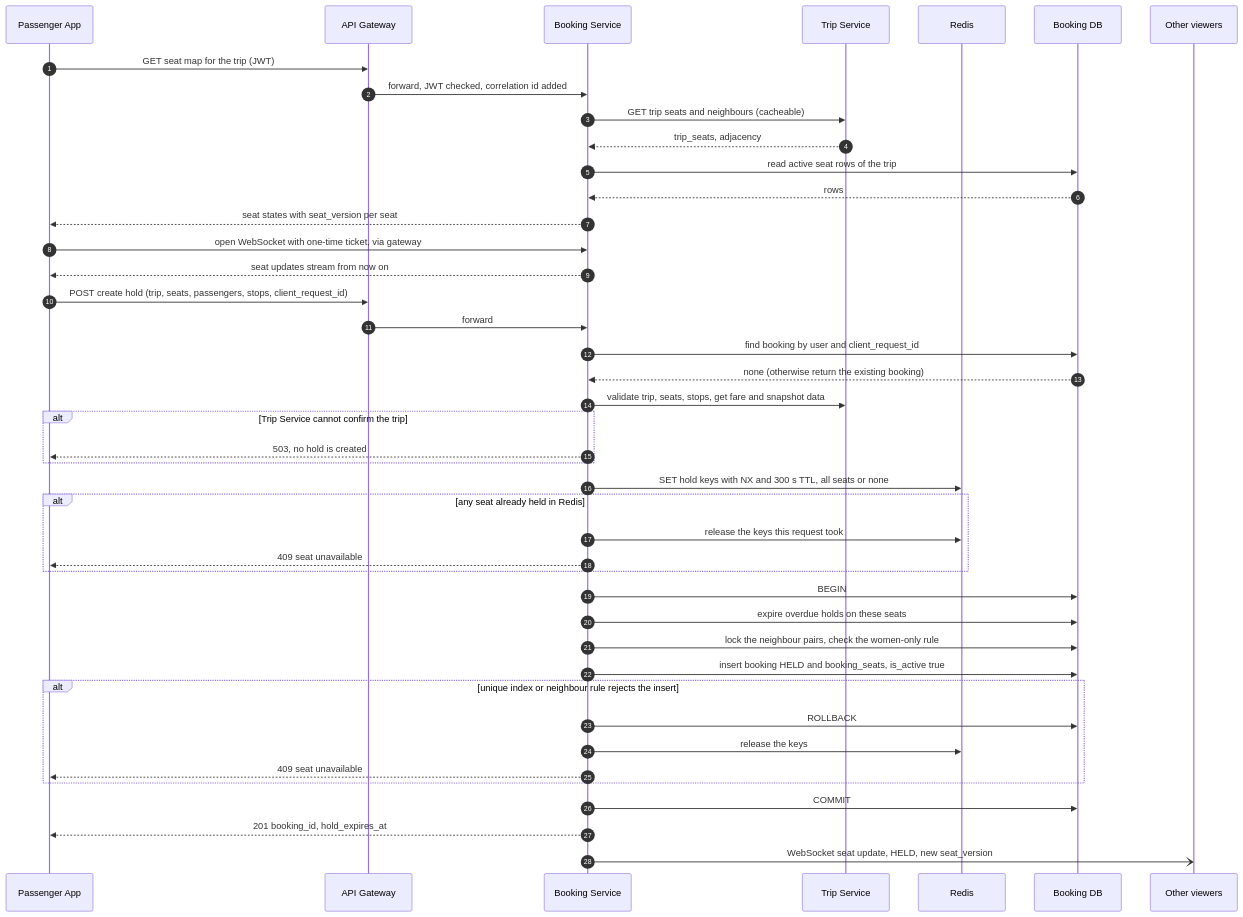
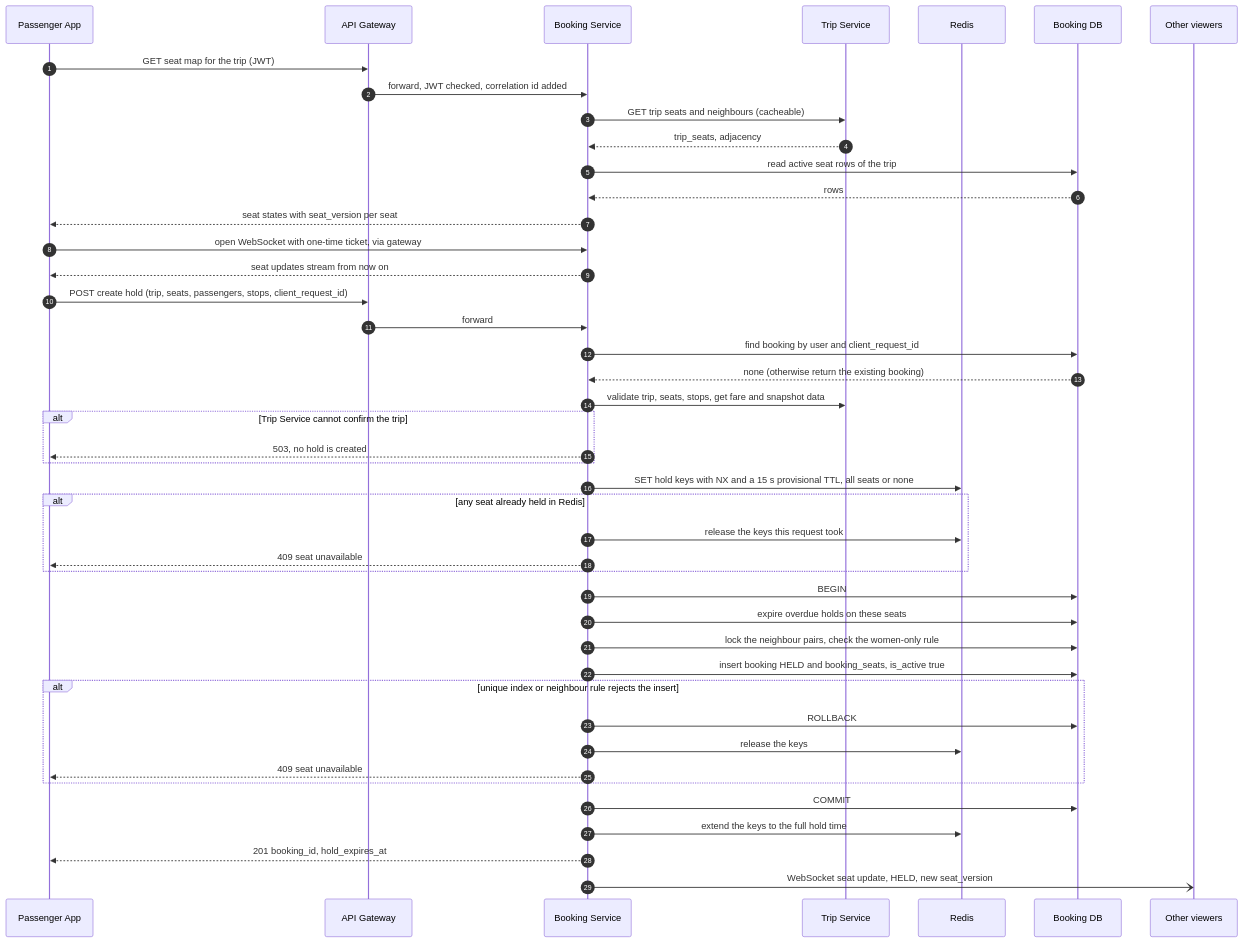
The first of 2 diagrams in docs/diagrams/07-seat-booking-sequence.md (AlMahmud996/busmate-bd), drawn with Mermaid before and after one commit. The commit also changed other lines of this file and 1 other file, not shown here.

Commit message:
docs(diagrams): add concurrent booking sequence, fix Redis hold TTL in 07

````diff
--- a/docs/diagrams/07-seat-booking-sequence.md
+++ b/docs/diagrams/07-seat-booking-sequence.md
@@ -17,47 +17,48 @@
 ```mermaid
 sequenceDiagram
     autonumber
     participant P as Passenger App
     participant G as API Gateway
     participant B as Booking Service
     participant T as Trip Service
     participant R as Redis
     participant D as Booking DB
     participant W as Other viewers
 
     P->>G: GET seat map for the trip (JWT)
     G->>B: forward, JWT checked, correlation id added
     B->>T: GET trip seats and neighbours (cacheable)
     T-->>B: trip_seats, adjacency
     B->>D: read active seat rows of the trip
     D-->>B: rows
     B-->>P: seat states with seat_version per seat
     P->>B: open WebSocket with one-time ticket, via gateway
     B-->>P: seat updates stream from now on
 
     P->>G: POST create hold (trip, seats, passengers, stops, client_request_id)
     G->>B: forward
     B->>D: find booking by user and client_request_id
     D-->>B: none (otherwise return the existing booking)
     B->>T: validate trip, seats, stops, get fare and snapshot data
     alt Trip Service cannot confirm the trip
         B-->>P: 503, no hold is created
     end
-    B->>R: SET hold keys with NX and 300 s TTL, all seats or none
+    B->>R: SET hold keys with NX and a 15 s provisional TTL, all seats or none
     alt any seat already held in Redis
         B->>R: release the keys this request took
         B-->>P: 409 seat unavailable
     end
     B->>D: BEGIN
     B->>D: expire overdue holds on these seats
     B->>D: lock the neighbour pairs, check the women-only rule
     B->>D: insert booking HELD and booking_seats, is_active true
     alt unique index or neighbour rule rejects the insert
         B->>D: ROLLBACK
         B->>R: release the keys
         B-->>P: 409 seat unavailable
     end
     B->>D: COMMIT
+    B->>R: extend the keys to the full hold time
     B-->>P: 201 booking_id, hold_expires_at
     B-)W: WebSocket seat update, HELD, new seat_version
 ```
````
